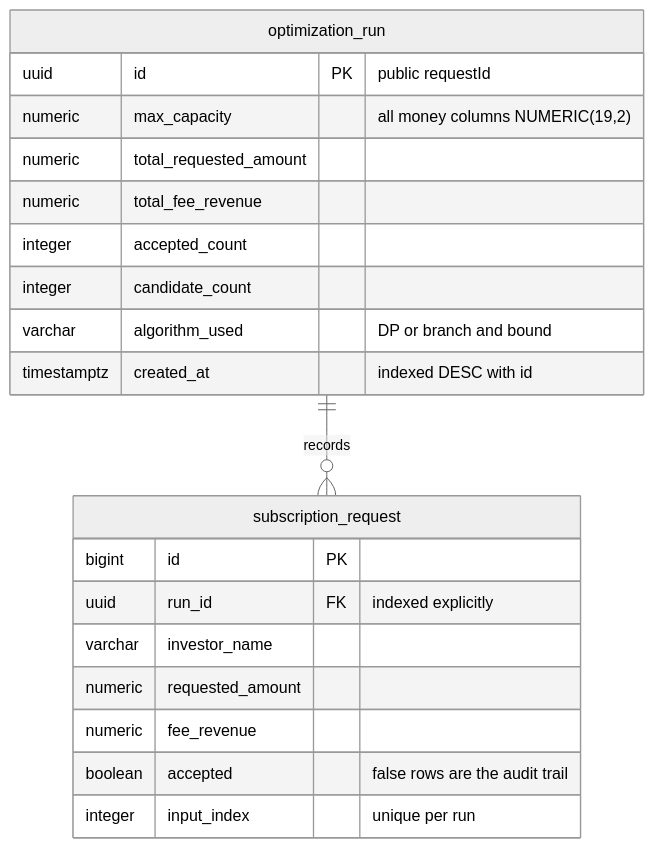
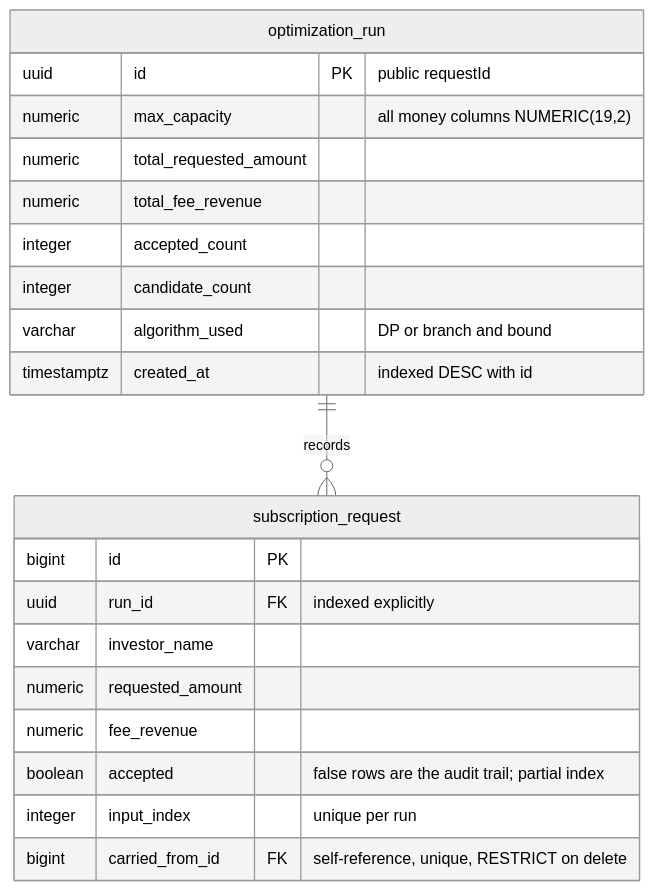
One commit to djimon44/subscription-capacity changed the first of 2 diagrams in README.md. Above: the diagram before and after it, drawn with Mermaid (neutral theme). The commit also changed other lines of this file and 17 other files, not shown here.

````diff
--- a/README.md
+++ b/README.md
@@ -211,25 +269,26 @@
 ```mermaid
 erDiagram
     optimization_run ||--o{ subscription_request : "records"
 
     optimization_run {
         uuid id PK "public requestId"
         numeric max_capacity "all money columns NUMERIC(19,2)"
         numeric total_requested_amount
         numeric total_fee_revenue
         integer accepted_count
         integer candidate_count
         varchar algorithm_used "DP or branch and bound"
         timestamptz created_at "indexed DESC with id"
     }
 
     subscription_request {
         bigint id PK
         uuid run_id FK "indexed explicitly"
         varchar investor_name
         numeric requested_amount
         numeric fee_revenue
-        boolean accepted "false rows are the audit trail"
+        boolean accepted "false rows are the audit trail; partial index"
         integer input_index "unique per run"
+        bigint carried_from_id FK "self-reference, unique, RESTRICT on delete"
     }
 ```
````
